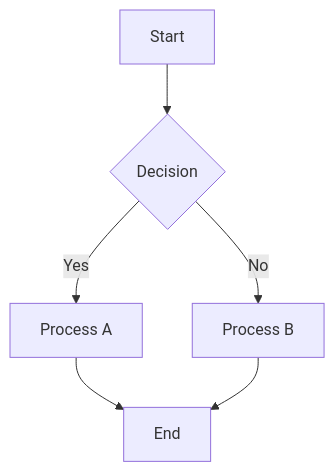
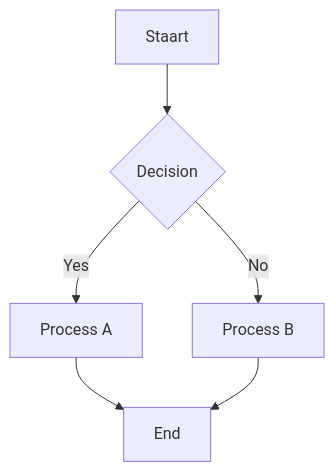
One commit to SimplyLiz/MDTool changed the first of 18 diagrams in demo_docs/examples/graphs/mermaid_graphs.md. Above: the diagram before and after it, drawn with Mermaid. The commit also changed 2 other files, not shown here.

Commit message:
fixes to mermaid graphs. remove debug frame, add real frame

````diff
--- a/demo_docs/examples/graphs/mermaid_graphs.md
+++ b/demo_docs/examples/graphs/mermaid_graphs.md
@@ -27,8 +27,8 @@
 ```mermaid
 flowchart TD
-    A[Start] --> B{Decision}
+    A[Staart] --> B{Decision}
     B -->|Yes| C[Process A]
     B -->|No| D[Process B]
     C --> E[End]
     D --> E
 ```
````
